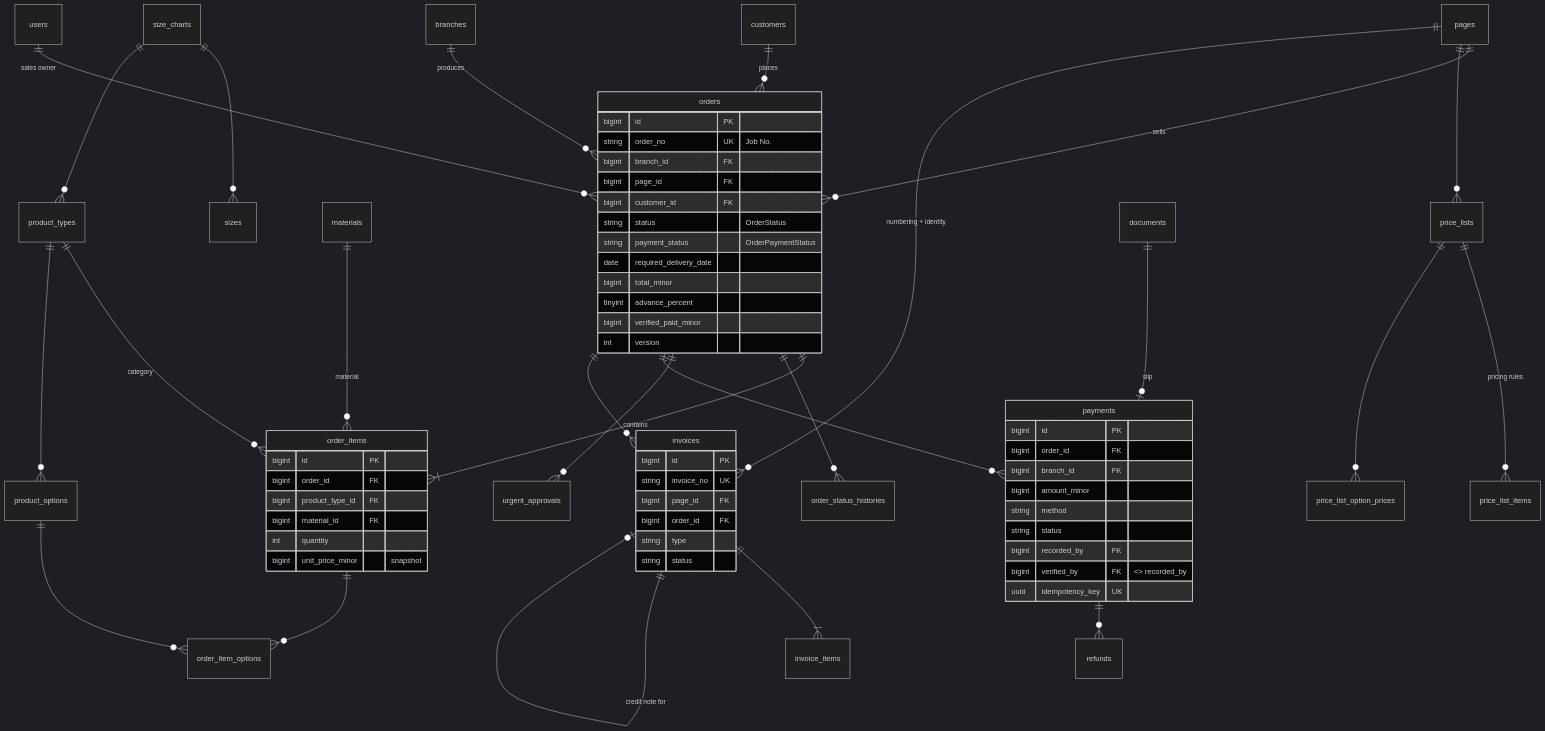
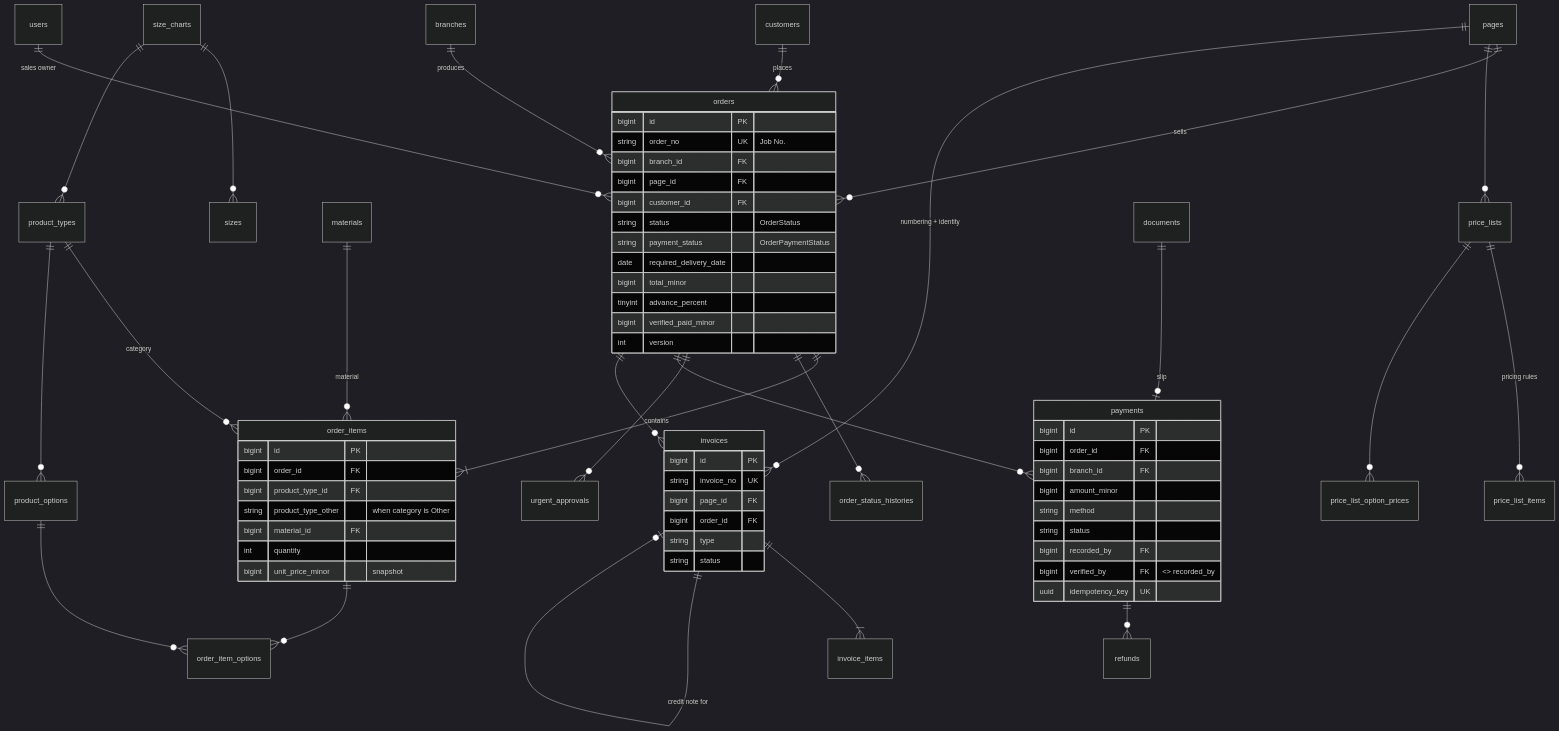
One commit to sampathdp/garment-erp changed the second of 5 diagrams in docs/ERD.md. Above: the diagram before and after it, drawn with Mermaid (dark theme). The commit also changed 63 other files, not shown here.

````diff
--- a/docs/ERD.md
+++ b/docs/ERD.md
@@ -54,61 +54,62 @@
 ```mermaid
 erDiagram
     customers ||--o{ orders : places
     branches ||--o{ orders : produces
     pages ||--o{ orders : sells
     users ||--o{ orders : "sales owner"
     orders ||--|{ order_items : contains
     product_types ||--o{ order_items : "category"
     materials ||--o{ order_items : "material"
     order_items ||--o{ order_item_options : ""
     product_options ||--o{ order_item_options : ""
     orders ||--o{ order_status_histories : ""
     orders ||--o{ urgent_approvals : ""
     pages ||--o{ price_lists : ""
     price_lists ||--o{ price_list_items : "pricing rules"
     price_lists ||--o{ price_list_option_prices : ""
     size_charts ||--o{ sizes : ""
     size_charts ||--o{ product_types : ""
     product_types ||--o{ product_options : ""
     orders ||--o{ payments : ""
     payments ||--o{ refunds : ""
     documents ||--o| payments : "slip"
     orders ||--o{ invoices : ""
     pages ||--o{ invoices : "numbering + identity"
     invoices ||--|{ invoice_items : ""
     invoices ||--o| invoices : "credit note for"
 
     orders { bigint id PK
         string order_no UK "Job No."
         bigint branch_id FK
         bigint page_id FK
         bigint customer_id FK
         string status "OrderStatus"
         string payment_status "OrderPaymentStatus"
         date required_delivery_date
         bigint total_minor
         tinyint advance_percent
         bigint verified_paid_minor
         int version }
     order_items { bigint id PK
         bigint order_id FK
         bigint product_type_id FK
+        string product_type_other "when category is Other"
         bigint material_id FK
         int quantity
         bigint unit_price_minor "snapshot" }
     payments { bigint id PK
         bigint order_id FK
         bigint branch_id FK
         bigint amount_minor
         string method
         string status
         bigint recorded_by FK
         bigint verified_by FK "<> recorded_by"
         uuid idempotency_key UK }
     invoices { bigint id PK
         string invoice_no UK
         bigint page_id FK
         bigint order_id FK
         string type
         string status }
 ```
````
